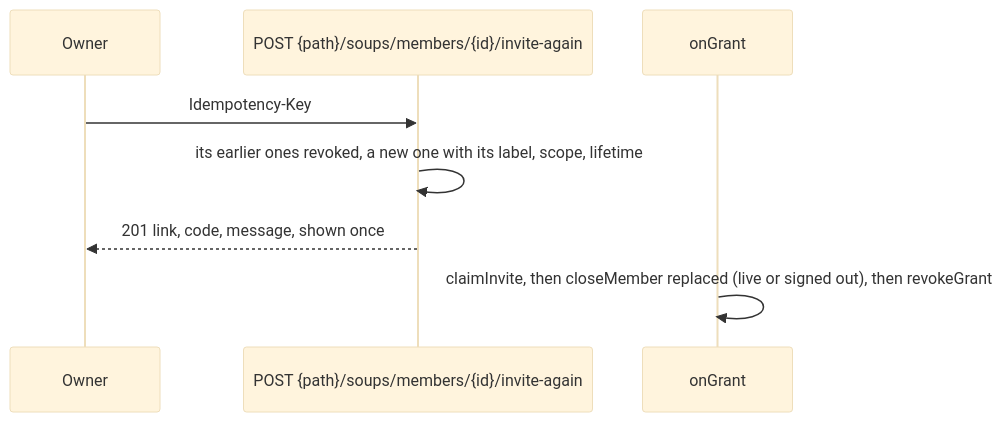
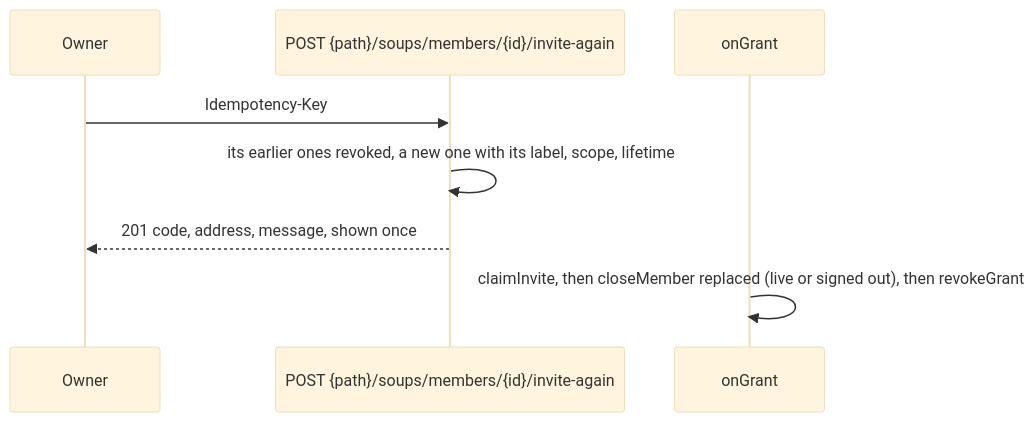
Before and after one commit to escalay/api-kit: the third of 5 diagrams in src/sharing/README.md, drawn with Mermaid (base theme). The commit also changed other lines of this file and 12 other files, not shown here.

First line of the commit message:
fix(sharing): give an invite's address and code, not a link to nothing

````diff
--- a/src/sharing/README.md
+++ b/src/sharing/README.md
@@ -151,10 +151,10 @@
 ```mermaid
 sequenceDiagram
   participant O as Owner
   participant R as POST {path}/soups/members/{id}/invite-again
   participant G as onGrant
   O->>R: Idempotency-Key
   R->>R: its earlier ones revoked, a new one with its label, scope, lifetime
-  R-->>O: 201 link, code, message, shown once
+  R-->>O: 201 code, address, message, shown once
   G->>G: claimInvite, then closeMember replaced (live or signed out), then revokeGrant
 ```
````
